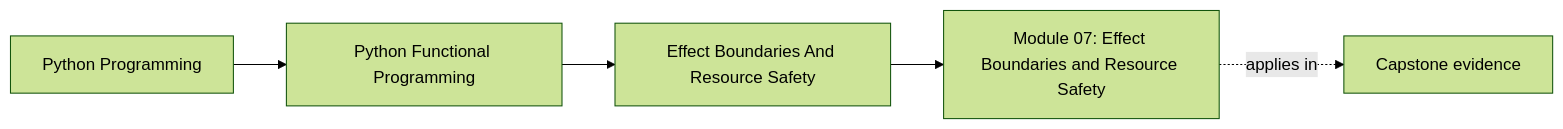
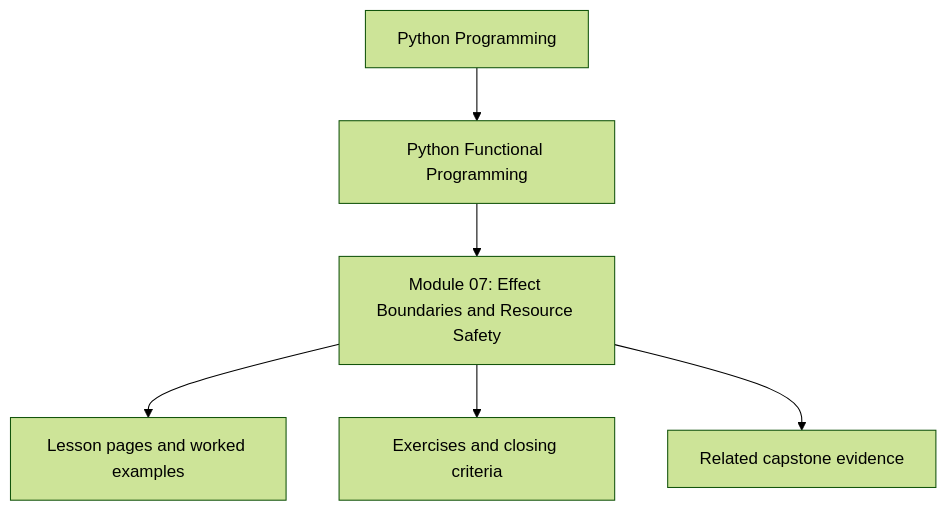
Before and after one commit to bijux/bijux-masterclass: the first of 2 diagrams in programs/python-programming/python-functional-programming/course-book/module-07-effect-boundaries-and-resource-safety/index.md, drawn with Mermaid (forest theme). The commit also changed other lines of this file and 10 other files, not shown here.

Commit message:
docs(python-functional-programming): reposition module overview diagrams

````diff
--- a/programs/python-programming/python-functional-programming/course-book/module-07-effect-boundaries-and-resource-safety/index.md
+++ b/programs/python-programming/python-functional-programming/course-book/module-07-effect-boundaries-and-resource-safety/index.md
@@ -7,11 +7,8 @@
 ```mermaid
-graph LR
-  family["Python Programming"]
-  program["Python Functional Programming"]
-  section["Effect Boundaries And Resource Safety"]
-  page["Module 07: Effect Boundaries and Resource Safety"]
-  capstone["Capstone evidence"]
-
-  family --> program --> section --> page
-  page -.applies in.-> capstone
+flowchart TD
+  family["Python Programming"] --> program["Python Functional Programming"]
+  program --> module["Module 07: Effect Boundaries and Resource Safety"]
+  module --> lessons["Lesson pages and worked examples"]
+  module --> checkpoints["Exercises and closing criteria"]
+  module --> capstone["Related capstone evidence"]
 ```
````
